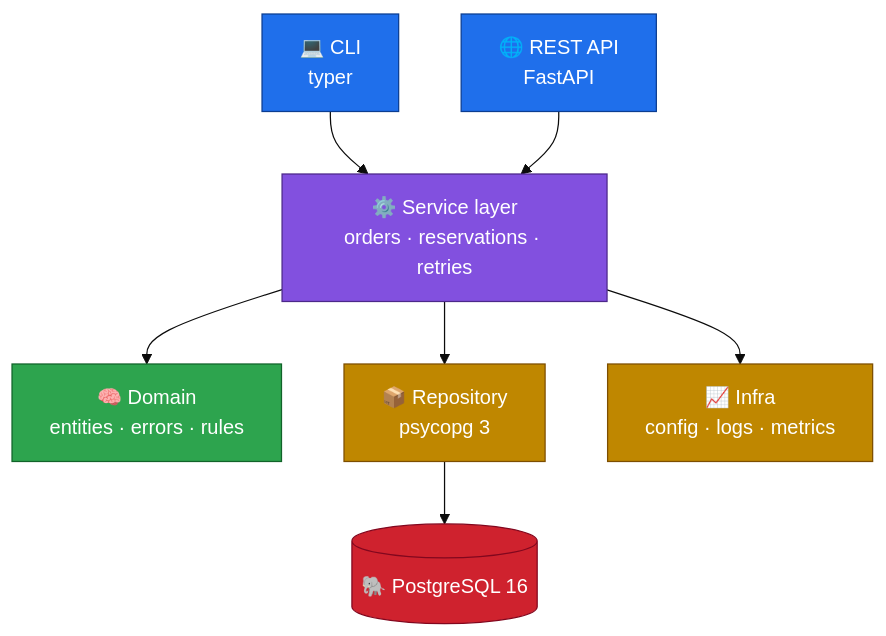
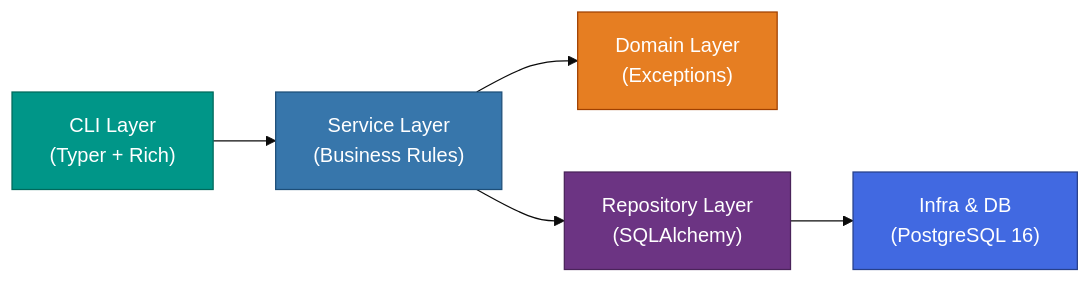
Before and after one commit to sourajahan/OmniChain-FullStack-Roadmap: the diagram in 01-SmartStock-CLI-DB/README.md, drawn with Mermaid (base theme). The commit also changed other lines of this file, not shown here.

Commit message:
docs: add styled README with badges and architecture diagram

````diff
--- a/01-SmartStock-CLI-DB/README.md
+++ b/01-SmartStock-CLI-DB/README.md
@@ -166,16 +33,13 @@
 ```mermaid
-flowchart TD
-    CLI["💻 CLI<br/>typer"]:::edge --> S
-    API["🌐 REST API<br/>FastAPI"]:::edge --> S
-    S["⚙️ Service layer<br/>orders · reservations · retries"]:::core --> D
-    S --> R
-    D["🧠 Domain<br/>entities · errors · rules"]:::domain
-    R["📦 Repository<br/>psycopg 3"]:::infra --> PG[("🐘 PostgreSQL 16")]:::db
-    S --> I["📈 Infra<br/>config · logs · metrics"]:::infra
+flowchart LR
+    CLI["CLI Layer<br/>(Typer + Rich)"] --> SVC["Service Layer<br/>(Business Rules)"]
+    SVC --> DOM["Domain Layer<br/>(Exceptions)"]
+    SVC --> REPO["Repository Layer<br/>(SQLAlchemy)"]
+    REPO --> INFRA["Infra & DB<br/>(PostgreSQL 16)"]
 
-    classDef edge fill:#1f6feb,stroke:#0b3d91,color:#fff
-    classDef core fill:#8250df,stroke:#4c2889,color:#fff
-    classDef domain fill:#2da44e,stroke:#116329,color:#fff
-    classDef infra fill:#bf8700,stroke:#7d4e00,color:#fff
-    classDef db fill:#cf222e,stroke:#82071e,color:#fff
+    style CLI fill:#009688,color:#fff,stroke:#00695c
+    style SVC fill:#3776AB,color:#fff,stroke:#1d4e78
+    style DOM fill:#E67E22,color:#fff,stroke:#a04000
+    style REPO fill:#6C3483,color:#fff,stroke:#4a235a
+    style INFRA fill:#4169E1,color:#fff,stroke:#27408b
 ```
````
